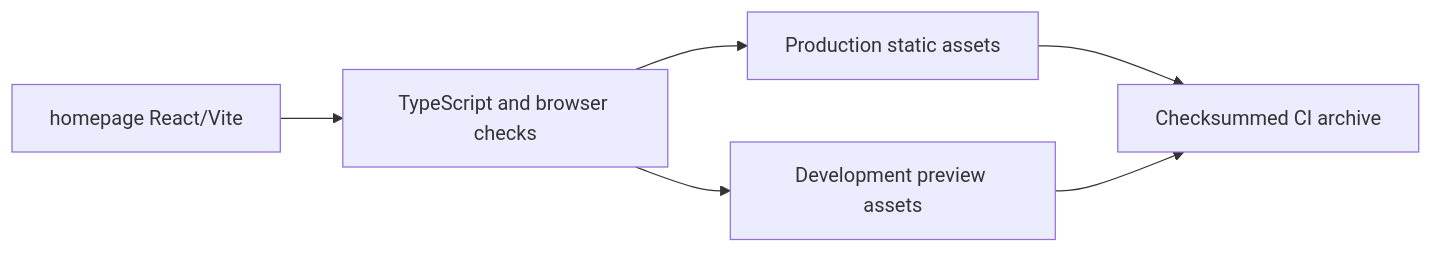
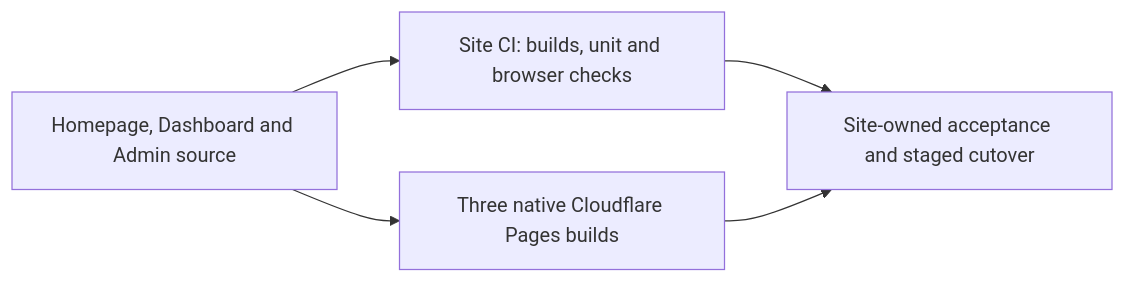
One commit to fslong520/respire-site changed the diagram in README.md. Above: the diagram before and after it, drawn with Mermaid. The commit also changed other lines of this file and 10 other files, not shown here.

````diff
--- a/README.md
+++ b/README.md
@@ -12,8 +12,7 @@
 ```mermaid
 flowchart LR
-  Source[homepage React/Vite] --> Checks[TypeScript and browser checks]
-  Checks --> Site[Production static assets]
-  Checks --> Preview[Development preview assets]
-  Site --> Artifact[Checksummed CI archive]
-  Preview --> Artifact
+  Source[Homepage, Dashboard and Admin source] --> Checks[Site CI: builds, unit and browser checks]
+  Source --> Pages[Three native Cloudflare Pages builds]
+  Checks --> Gate[Site-owned acceptance and staged cutover]
+  Pages --> Gate
 ```
````
